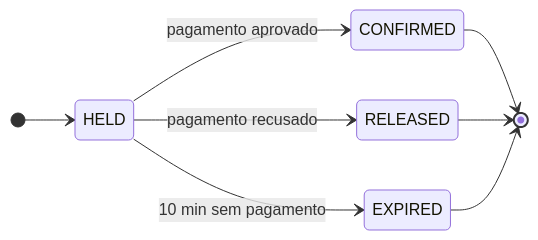
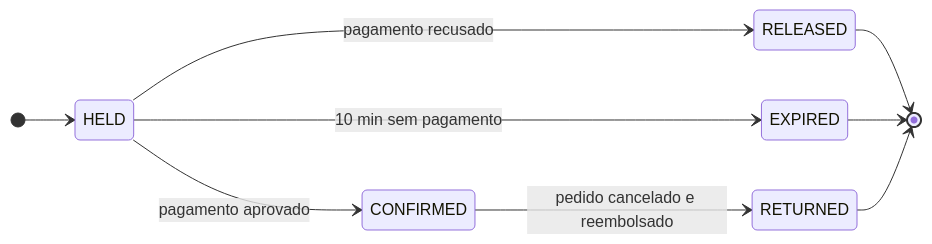
Before and after one commit to CezarGarcia/Lotou: the third of 7 diagrams in docs/projeto.md, drawn with Mermaid. The commit also changed other lines of this file and 17 other files, not shown here.

````diff
--- a/docs/projeto.md
+++ b/docs/projeto.md
@@ -190,11 +190,12 @@
 ```mermaid
 stateDiagram-v2
     direction LR
     [*] --> HELD
     HELD --> CONFIRMED: pagamento aprovado
     HELD --> RELEASED: pagamento recusado
     HELD --> EXPIRED: 10 min sem pagamento
-    CONFIRMED --> [*]
+    CONFIRMED --> RETURNED: pedido cancelado e reembolsado
     RELEASED --> [*]
     EXPIRED --> [*]
+    RETURNED --> [*]
 ```
````
